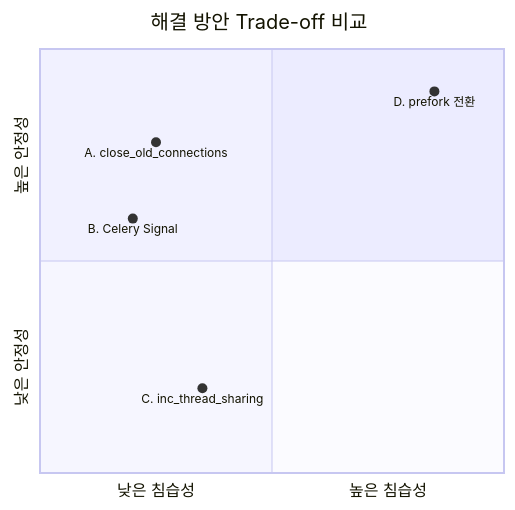
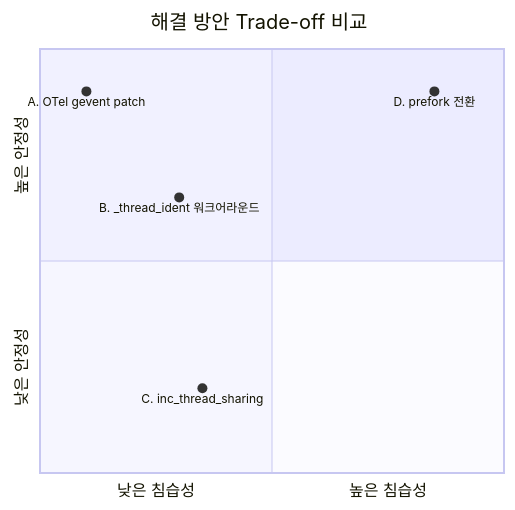
The fifth of 5 diagrams in docs/GEVENT_DB_THREAD_SAFETY.md (Qualcom-Capstone/backend), drawn with Mermaid before and after one commit. The commit also changed other lines of this file and 2 other files, not shown here.

First line of the commit message:
fix: replace _thread_ident workaround with OTel gevent env var (root cause fix)

````diff
--- a/docs/GEVENT_DB_THREAD_SAFETY.md
+++ b/docs/GEVENT_DB_THREAD_SAFETY.md
@@ -197,10 +192,10 @@
 ```mermaid
 quadrantChart
     title 해결 방안 Trade-off 비교
     x-axis 낮은 침습성 --> 높은 침습성
     y-axis 낮은 안정성 --> 높은 안정성
-    A. close_old_connections: [0.25, 0.78]
-    B. Celery Signal: [0.2, 0.6]
+    A. OTel gevent patch: [0.1, 0.9]
+    B. _thread_ident 워크어라운드: [0.3, 0.65]
     C. inc_thread_sharing: [0.35, 0.2]
     D. prefork 전환: [0.85, 0.9]
 ```
````
